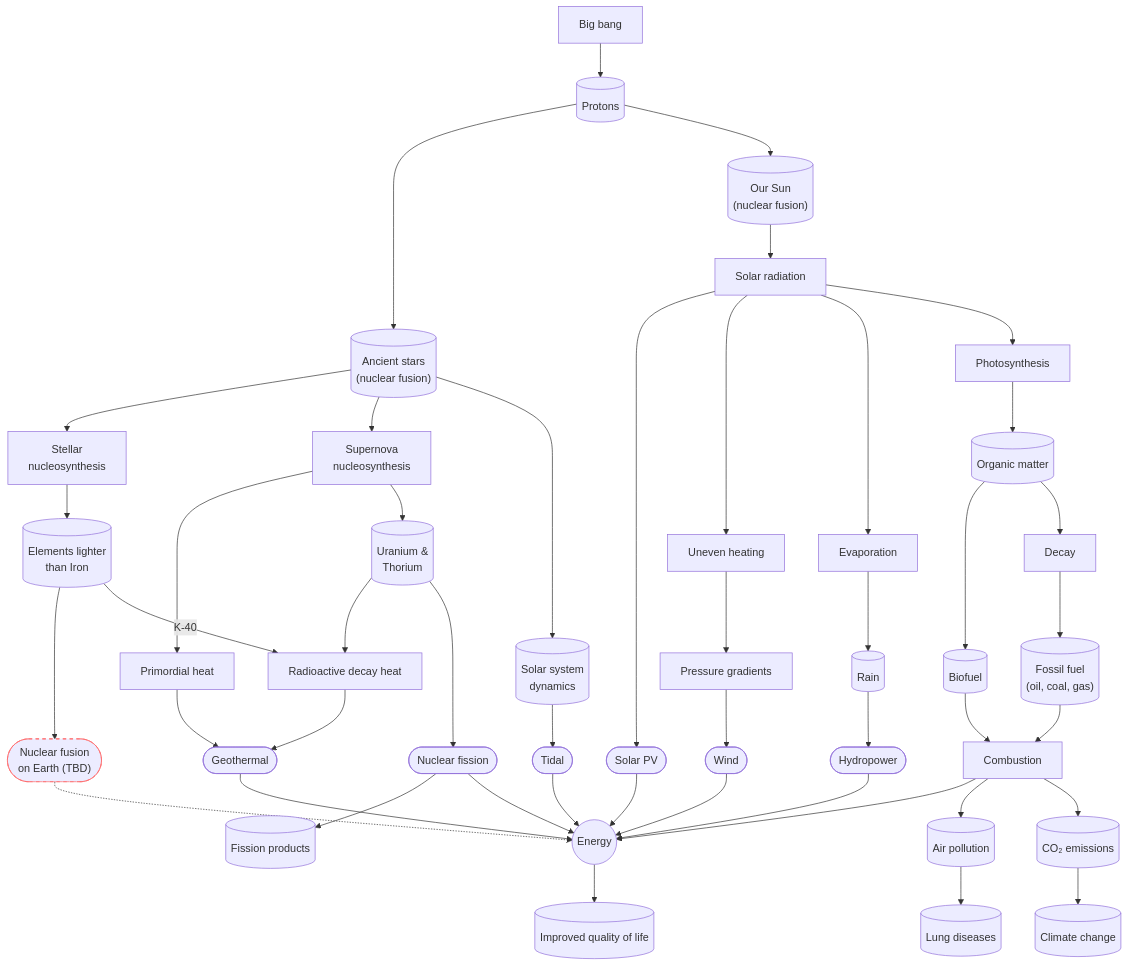
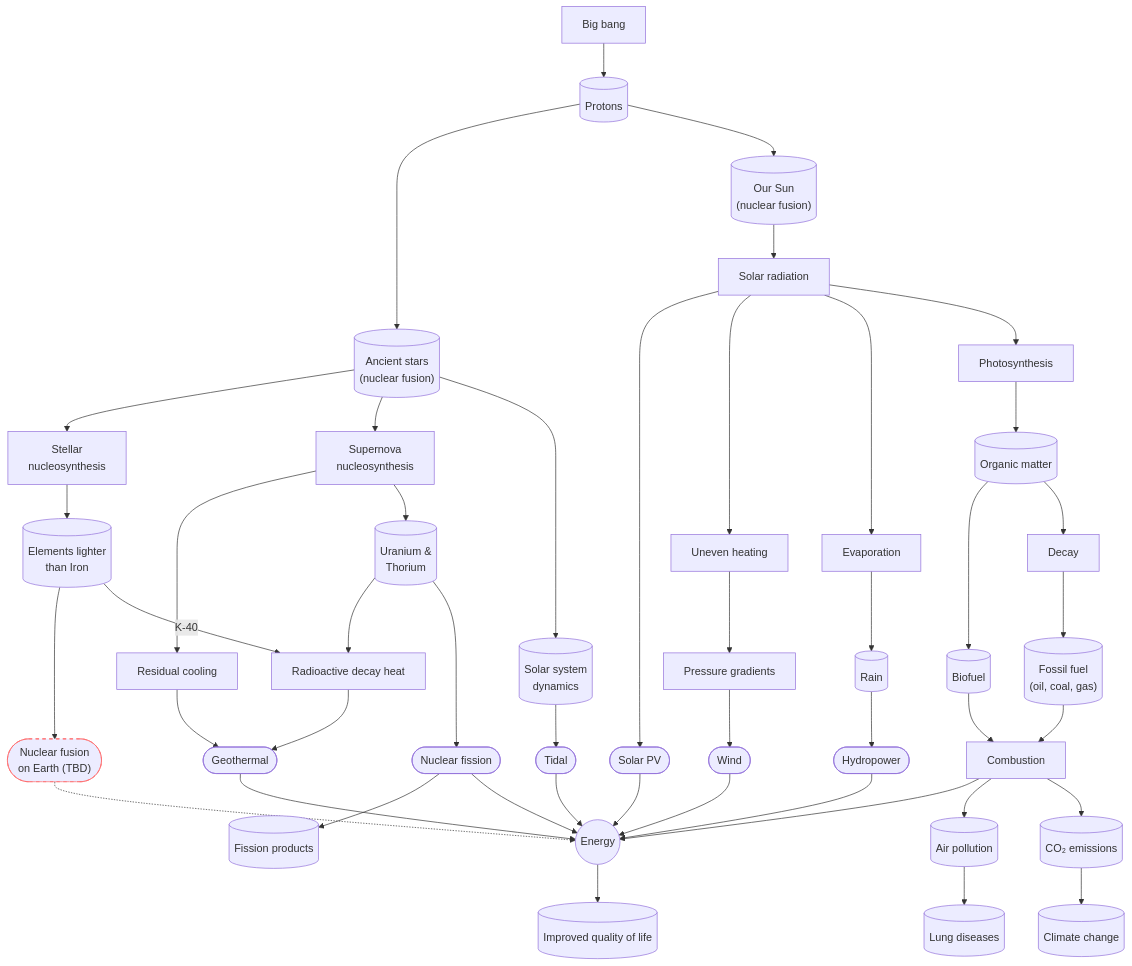
One commit to whatisnuclear/website changed the diagram in energy-flow.md. Above: the diagram before and after it, drawn with Mermaid. The commit also changed other lines of this file and 1 other file, not shown here.

Commit message:
Work to get energy flow labels better
The .label was interfering with the css label for bootstrap. I basically
just upgraded mermaid js locally and got rid of the joplin stuff and
then manually overrode the label things that were causing trouble but
only for mermaid divs. Seems to be a lot better Still has lots of space
vertically.

```diff
--- a/energy-flow.md
+++ b/energy-flow.md
@@ -101,82 +19,79 @@
-<div class="mermaid mermaidContainer">
-
+<div class="mermaid">
 graph TD
 
-    big[&quot;Big bang&quot;] --&gt; Protons[(Protons)] --&gt; Stars[(&quot;Ancient stars&lt;br/&gt; (nuclear fusion)&quot;)]
-    click Stars &quot;https://en.wikipedia.org/wiki/Nuclear_fusion&quot;
-    click big &quot;https://en.wikipedia.org/wiki/Big_Bang&quot;
-    
-    Stars --&gt; stellar[&quot;Stellar &lt;br/&gt;nucleosynthesis&quot;]
-    click stellar &quot;https://en.wikipedia.org/wiki/Stellar_nucleosynthesis&quot;
-    stellar --&gt; iron[(Elements lighter&lt;br&gt; than Iron)]
-    iron --&gt; fusion([&quot;Nuclear fusion &lt;br/&gt;on Earth (TBD)&quot;]) -.-&gt; Electricity((Energy))
-    click fusion &quot;https://en.wikipedia.org/wiki/Fusion_power&quot;
+	big["Big bang"] --> Protons[(Protons)] --> Stars[("Ancient stars<br/> (nuclear fusion)")]
+	click Stars "https://en.wikipedia.org/wiki/Nuclear_fusion"
+click big "https://en.wikipedia.org/wiki/Big_Bang"
+	
+    Stars --> stellar["Stellar <br/>nucleosynthesis"]
+    click stellar "https://en.wikipedia.org/wiki/Stellar_nucleosynthesis"
+    stellar --> iron[(Elements lighter<br> than Iron)]
+    iron --> fusion(["Nuclear fusion <br/>on Earth (TBD)"]) -.-> Electricity((Energy))
+    click fusion "https://en.wikipedia.org/wiki/Fusion_power"
     style fusion stroke:#f66,stroke-dasharray: 5, 5
-    supernova --&gt; cooling[&quot;Primordial heat&quot;] --&gt; geo
-    supernova --&gt; Uranium
-    click cooling &quot;https://en.wikipedia.org/wiki/Earth%27s_internal_heat_budget#Primordial_heat&quot;
+    supernova --> cooling["Residual cooling"] --> geo
+    supernova --> Uranium
 
-    Stars --&gt; supernova[&quot;Supernova&lt;br/&gt; nucleosynthesis&quot;]
-    click supernova &quot;https://en.wikipedia.org/wiki/Supernova_nucleosynthesis&quot;
-    
-    Stars --&gt; ssys[(Solar system&lt;br/&gt; dynamics)]
-    ssys --&gt; Tidal([Tidal]) --&gt; Electricity
-    click Tidal &quot;https://en.wikipedia.org/wiki/Tidal_power&quot;
-    click ssys &quot;https://en.wikipedia.org/wiki/Formation_and_evolution_of_the_Solar_System&quot;
-    
-    Protons --&gt; Sun[(&quot;Our Sun &lt;br/&gt;(nuclear fusion)&quot;)]--&gt; srad[&quot;Solar radiation&quot;]
-    click Protons &quot;https://en.wikipedia.org/wiki/Proton&quot;
-    click Sun &quot;https://en.wikipedia.org/wiki/Sun&quot;
-    click srad &quot;https://en.wikipedia.org/wiki/Sunlight&quot;
-    srad --&gt; solar([&quot;Solar PV&quot;])
-    click solar &quot;https://en.wikipedia.org/wiki/Photovoltaic_system&quot;
-    srad --&gt; uneven[&quot;Uneven heating&quot;] --&gt; pressure[&quot;Pressure gradients&quot;] --&gt; Wind([Wind])
-    click pressure &quot;https://en.wikipedia.org/wiki/Pressure_gradient&quot;
-    solar --&gt; Electricity
-    Wind --&gt; Electricity
-    click Wind &quot;https://en.wikipedia.org/wiki/Wind&quot;
+    Stars --> supernova["Supernova<br/> nucleosynthesis"]
+    click supernova "https://en.wikipedia.org/wiki/Supernova_nucleosynthesis"
+	
+	Stars --> ssys[(Solar system<br/> dynamics)]
+	ssys --> Tidal([Tidal]) --> Electricity
+	click Tidal "https://en.wikipedia.org/wiki/Tidal_power"
+	click ssys "https://en.wikipedia.org/wiki/Formation_and_evolution_of_the_Solar_System"
+	
+    Protons --> Sun[("Our Sun <br/>(nuclear fusion)")]--> srad["Solar radiation"]
+    click Protons "https://en.wikipedia.org/wiki/Proton"
+    click Sun "https://en.wikipedia.org/wiki/Sun"
+    click srad "https://en.wikipedia.org/wiki/Sunlight"
+    srad --> solar(["Solar PV"])
+    click solar "https://en.wikipedia.org/wiki/Photovoltaic_system"
+    srad --> uneven["Uneven heating"] --> pressure["Pressure gradients"] --> Wind([Wind])
+    click pressure "https://en.wikipedia.org/wiki/Pressure_gradient"
+    solar --> Electricity
+    Wind --> Electricity
+    click Wind "https://en.wikipedia.org/wiki/Wind"
     
     
-    fission --&gt; fp[(Fission products)]
-    click Uranium &quot;https://en.wikipedia.org/wiki/Uranium&quot;
-    click fission &quot;https://en.wikipedia.org/wiki/Nuclear_fission&quot;
-    click fp &quot;https://en.wikipedia.org/wiki/Nuclear_fission_product&quot;
-    fission --&gt; Electricity
+    fission --> fp[(Fission products)]
+    click fission "https://en.wikipedia.org/wiki/Nuclear_fission"
+    click fp "https://en.wikipedia.org/wiki/Nuclear_fission_product"
+    fission --> Electricity
 
 
-    srad --&gt; Evaporation --&gt; Rain[(Rain)] --&gt; hydro([Hydropower]) --&gt; Electricity
-    click hydro &quot;https://en.wikipedia.org/wiki/Hydropower&quot;
-    click Rain &quot;https://en.wikipedia.org/wiki/Rain&quot;
-    click Evaporation &quot;https://en.wikipedia.org/wiki/Evaporation&quot;
-    srad --&gt; Photosynthesis --&gt; Plants[(Organic matter)]
-    Plants --&gt; Biofuel[(Biofuel)] --&gt; Combustion --&gt; Electricity
-    Plants --&gt; Decay --&gt; Fossil[(&quot;Fossil fuel &lt;br/&gt;(oil, coal, gas)&quot;)] --&gt; Combustion
-    click Photosynthesis &quot;https://en.wikipedia.org/wiki/Photosynthesis&quot;
-    click Decay &quot;https://en.wikipedia.org/wiki/Fossil_fuel#Origin&quot;
-    click Fossil &quot;https://en.wikipedia.org/wiki/Fossil_fuel&quot;
-    click Biofuel &quot;https://en.wikipedia.org/wiki/Biofuel&quot;
-    click Combustion &quot;https://en.wikipedia.org/wiki/Combustion&quot;
-    click Plants &quot;https://en.wikipedia.org/wiki/Organic_matter&quot;
+    srad --> Evaporation --> Rain[(Rain)] --> hydro([Hydropower]) --> Electricity
+    click hydro "https://en.wikipedia.org/wiki/Hydropower"
+    click Rain "https://en.wikipedia.org/wiki/Rain"
+    click Evaporation "https://en.wikipedia.org/wiki/Evaporation"
+    srad --> Photosynthesis --> Plants[(Organic matter)]
+    Plants --> Biofuel[(Biofuel)] --> Combustion --> Electricity
+    Plants --> Decay --> Fossil[("Fossil fuel <br/>(oil, coal, gas)")] --> Combustion
+    click Photosynthesis "https://en.wikipedia.org/wiki/Photosynthesis"
+    click Decay "https://en.wikipedia.org/wiki/Fossil_fuel#Origin"
+    click Fossil "https://en.wikipedia.org/wiki/Fossil_fuel"
+    click Biofuel "https://en.wikipedia.org/wiki/Biofuel"
+    click Combustion "https://en.wikipedia.org/wiki/Combustion"
+    click Plants "https://en.wikipedia.org/wiki/Organic_matter"
     
-    iron --&gt; |K-40| decayheat
-    Uranium --&gt; decayheat[&quot;Radioactive decay heat&quot;] 
-    decayheat --&gt; geo([Geothermal])
-    click decayheat &quot;https://en.wikipedia.org/wiki/Earth%27s_internal_heat_budget#Radiogenic_heat&quot;
-    geo --&gt; Electricity
-    click geo &quot;https://en.wikipedia.org/wiki/Geothermal_energy&quot;
-    Uranium[(&quot;Uranium &amp;&lt;br&gt;Thorium&quot;)] --&gt; fission([&quot;Nuclear fission&quot;])  
-&quot;&quot;
-    Electricity --&gt;quality[(&quot;Improved quality of life&quot;)]
-    click Electricity &quot;https://en.wikipedia.org/wiki/Energy&quot;
-    click quality &quot;https://www.researchgate.net/figure/HDI-vs-electricity-consumption-2-40-46_fig4_315794998&quot;
-    Combustion --&gt; airp[(Air pollution)]
-    click airp &quot;http://www9.who.int/airpollution/en/&quot;
-    Combustion --&gt; co2[(&quot;CO₂ emissions&quot;)]
+    iron --> |K-40| decayheat
+    Uranium --> decayheat["Radioactive decay heat"] 
+    decayheat --> geo([Geothermal])
+    click decayheat "https://en.wikipedia.org/wiki/Earth%27s_internal_heat_budget#Radiogenic_heat"
+    geo --> Electricity
+    click geo "https://en.wikipedia.org/wiki/Geothermal_energy"
+    Uranium[("Uranium &<br>Thorium")] --> fission(["Nuclear fission"])  
+""
+    Electricity -->quality[("Improved quality of life")]
+    click Electricity "https://en.wikipedia.org/wiki/Energy"
+    click quality "https://www.researchgate.net/figure/HDI-vs-electricity-consumption-2-40-46_fig4_315794998"
+    Combustion --> airp[(Air pollution)]
+    click airp "http://www9.who.int/airpollution/en/"
+    Combustion --> co2[("CO₂ emissions")]
 
-    co2 --&gt; warming[(Climate change)]
-    airp --&gt; lung[(Lung diseases)]
-    click co2 &quot;https://en.wikipedia.org/wiki/Greenhouse_gas#Anthropogenic_greenhouse_gases&quot;
-    click lung &quot;https://en.wikipedia.org/wiki/Respiratory_disease&quot;
+    co2 --> warming[(Climate change)]
+    airp --> lung[(Lung diseases)]
+    click co2 "https://en.wikipedia.org/wiki/Greenhouse_gas#Anthropogenic_greenhouse_gases"
+    click lung "https://en.wikipedia.org/wiki/Respiratory_disease"
     
-    click warming &quot;https://climate.nasa.gov/evidence/&quot;
+    click warming "https://climate.nasa.gov/evidence/"
 </div>
```
